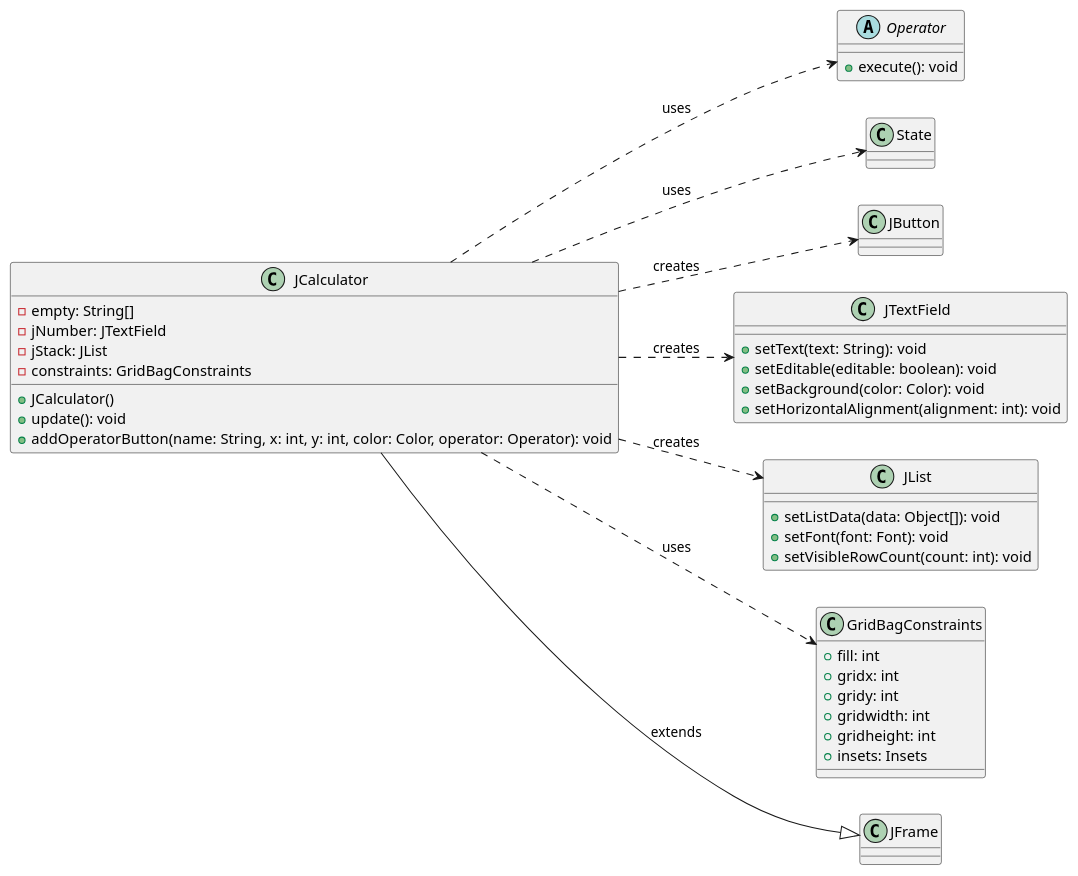
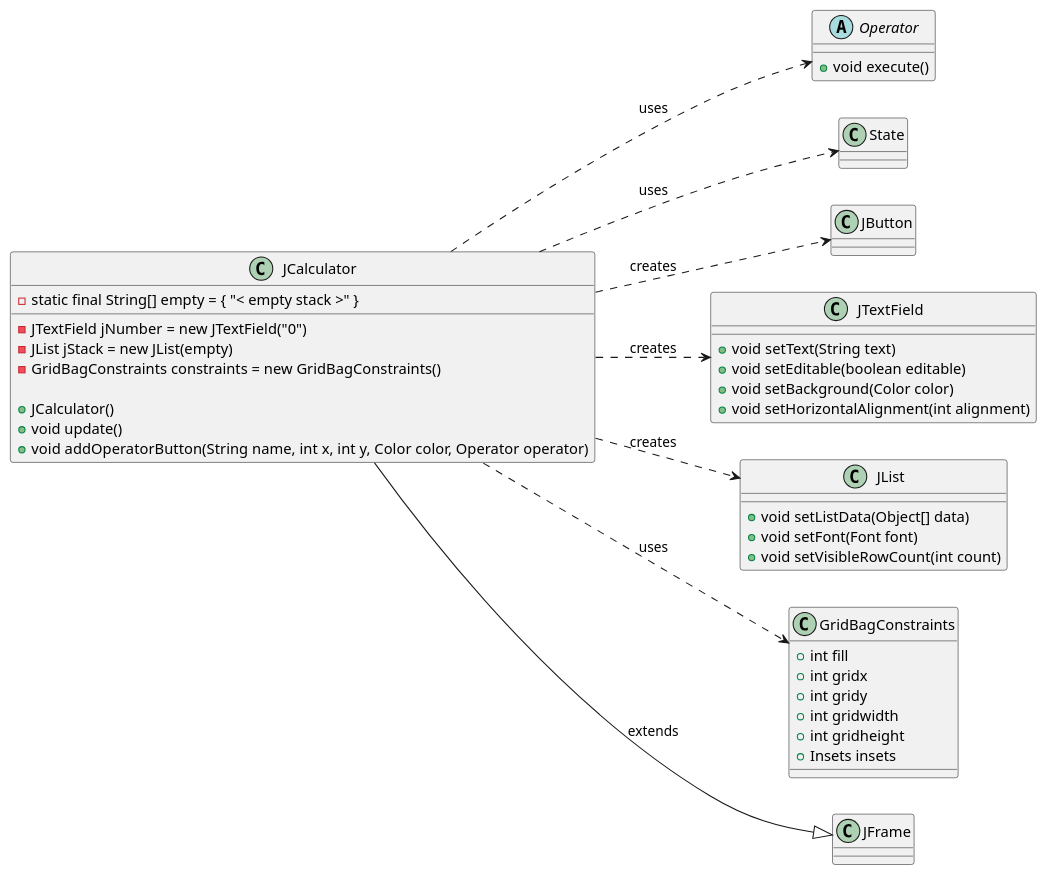
One commit to Dansnts/POO-Labo7 changed the diagram in UML_Diagrams/JCalculator_uml.puml. Above: the diagram before and after it, drawn with PlantUML. The commit also changed 15 other files, not shown here.

Commit message:
Tests OK + mise a jour finale des UML

```diff
--- a/UML_Diagrams/JCalculator_uml.puml
+++ b/UML_Diagrams/JCalculator_uml.puml
@@ -1,48 +1,50 @@
 @startuml JCalculator
 left to right direction
 class JCalculator {
-  - empty: String[]
-  - jNumber: JTextField
-  - jStack: JList
-  - constraints: GridBagConstraints
+  - static final String[] empty = { "< empty stack >" }
+
+  - JTextField jNumber = new JTextField("0")
+  - JList jStack = new JList(empty)
+  - GridBagConstraints constraints = new GridBagConstraints()
+
   + JCalculator()
-  + update(): void
-  + addOperatorButton(name: String, x: int, y: int, color: Color, operator: Operator): void
+  + void update()
+  + void addOperatorButton(String name, int x, int y, Color color, Operator operator)
 }
 
 JCalculator ..> Operator : uses
 JCalculator ..> State : uses
 JCalculator ..> JButton : creates
 JCalculator ..> JTextField : creates
 JCalculator ..> JList : creates
 JCalculator ..> GridBagConstraints : uses
 
 class JTextField {
-  + setText(text: String): void
-  + setEditable(editable: boolean): void
-  + setBackground(color: Color): void
-  + setHorizontalAlignment(alignment: int): void
+  + void setText(String text)
+  + void setEditable(boolean editable)
+  + void setBackground(Color color)
+  + void setHorizontalAlignment(int alignment)
 }
 
 class JList {
-  + setListData(data: Object[]): void
-  + setFont(font: Font): void
-  + setVisibleRowCount(count: int): void
+  + void setListData(Object[] data)
+  + void setFont(Font font)
+  + void setVisibleRowCount(int count)
 }
 
 class GridBagConstraints {
-  + fill: int
-  + gridx: int
-  + gridy: int
-  + gridwidth: int
-  + gridheight: int
-  + insets: Insets
+  + int fill
+  + int gridx
+  + int gridy
+  + int gridwidth
+  + int gridheight
+  + Insets insets
 }
 
 abstract class Operator {
-  + execute(): void
+  + void execute()
 }
 
 JCalculator --|> JFrame : extends
 
 @enduml
```
